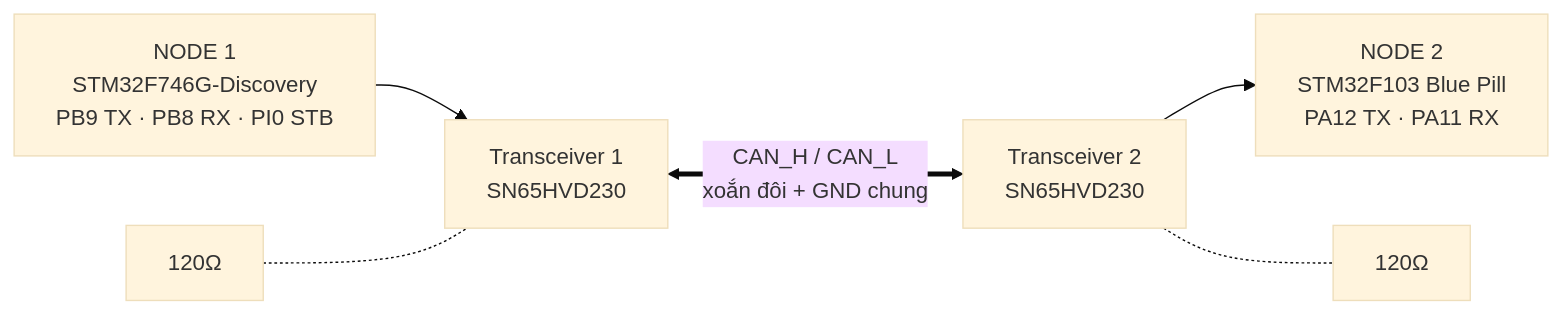
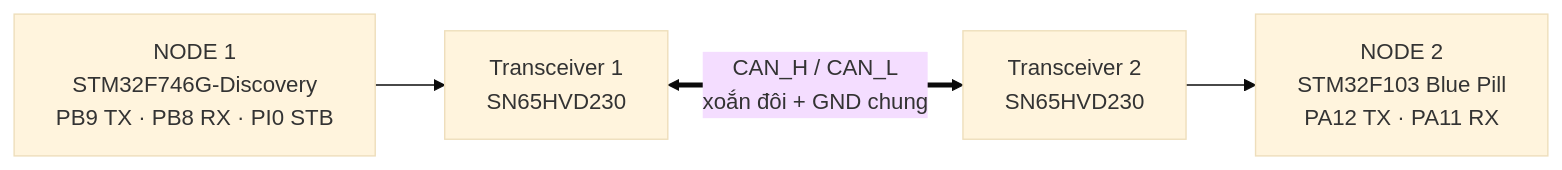
One commit to HuynhTran112/stm32f7-zephyr-can-gateway changed the second of 2 diagrams in README.md. Above: the diagram before and after it, drawn with Mermaid (base theme).

Commit message:
docs: remove external 120ohm resistors from wiring diagram (integrated on transceiver modules)

````diff
--- a/README.md
+++ b/README.md
@@ -124,9 +124,6 @@
 ```mermaid
 flowchart LR
     N1["NODE 1<br/>STM32F746G-Discovery<br/>PB9 TX · PB8 RX · PI0 STB"] --> T1["Transceiver 1<br/>SN65HVD230"]
     T1 <==>|"CAN_H / CAN_L<br/>xoắn đôi + GND chung"| T2["Transceiver 2<br/>SN65HVD230"]
     T2 --> N2["NODE 2<br/>STM32F103 Blue Pill<br/>PA12 TX · PA11 RX"]
-
-    R1["120Ω"] -.- T1
-    T2 -.- R2["120Ω"]
 ```
````
